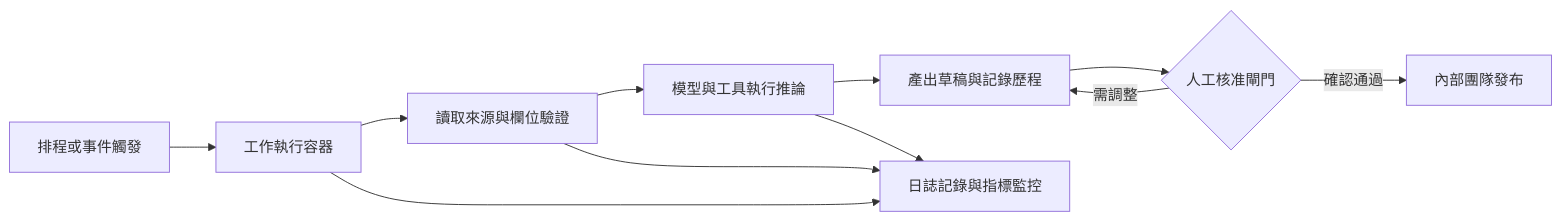
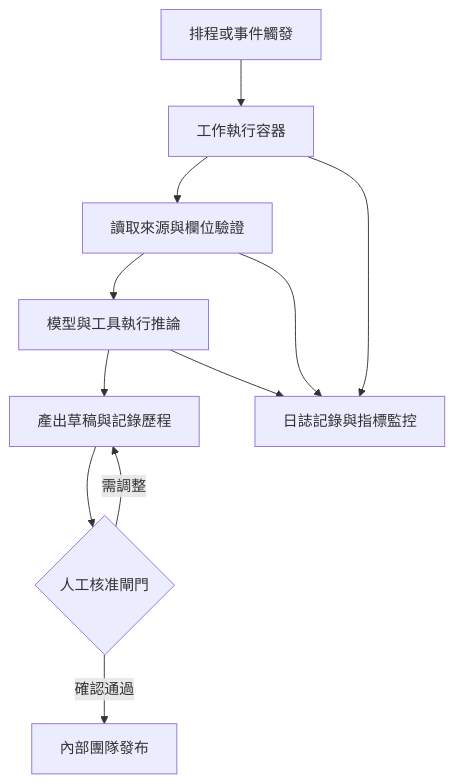
Before and after one commit to AdaaWu/2026ithome-claude-skills: the diagram in articles/day-28.md, drawn with Mermaid. The commit also changed other lines of this file and 2 other files, not shown here.

Commit message:
[docs] Day28-30 圖片改用 GitHub 公開連結

````diff
--- a/articles/day-28.md
+++ b/articles/day-28.md
@@ -22,13 +24,13 @@
 ```mermaid
-flowchart LR
+flowchart TD
   A[排程或事件觸發] --> B[工作執行容器]
   B --> C[讀取來源與欄位驗證]
   C --> D[模型與工具執行推論]
   D --> E[產出草稿與記錄歷程]
   E --> F{人工核准閘門}
   F -- 確認通過 --> G[內部團隊發布]
   F -- 需調整 --> E
   B --> H[日誌記錄與指標監控]
   C --> H
   D --> H
 ```
````
